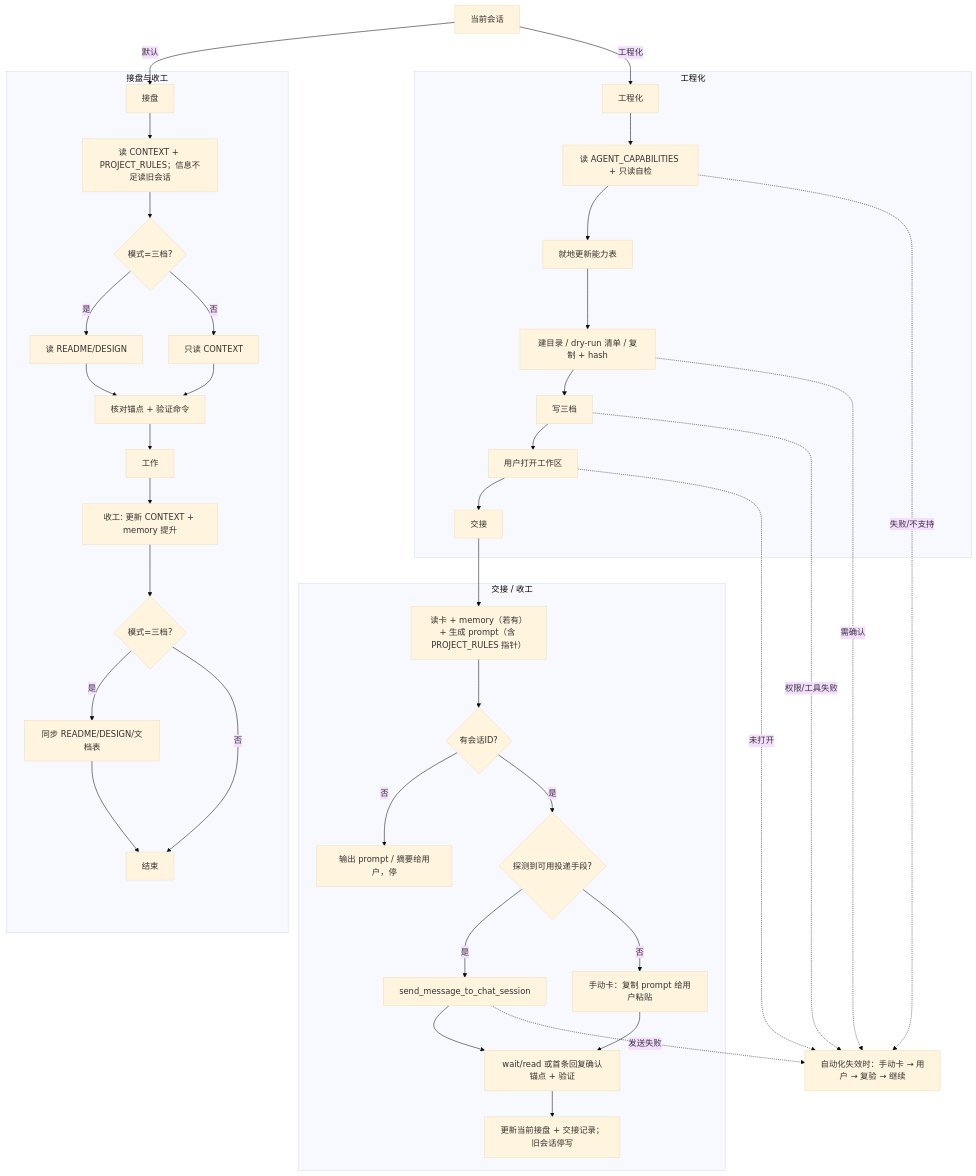
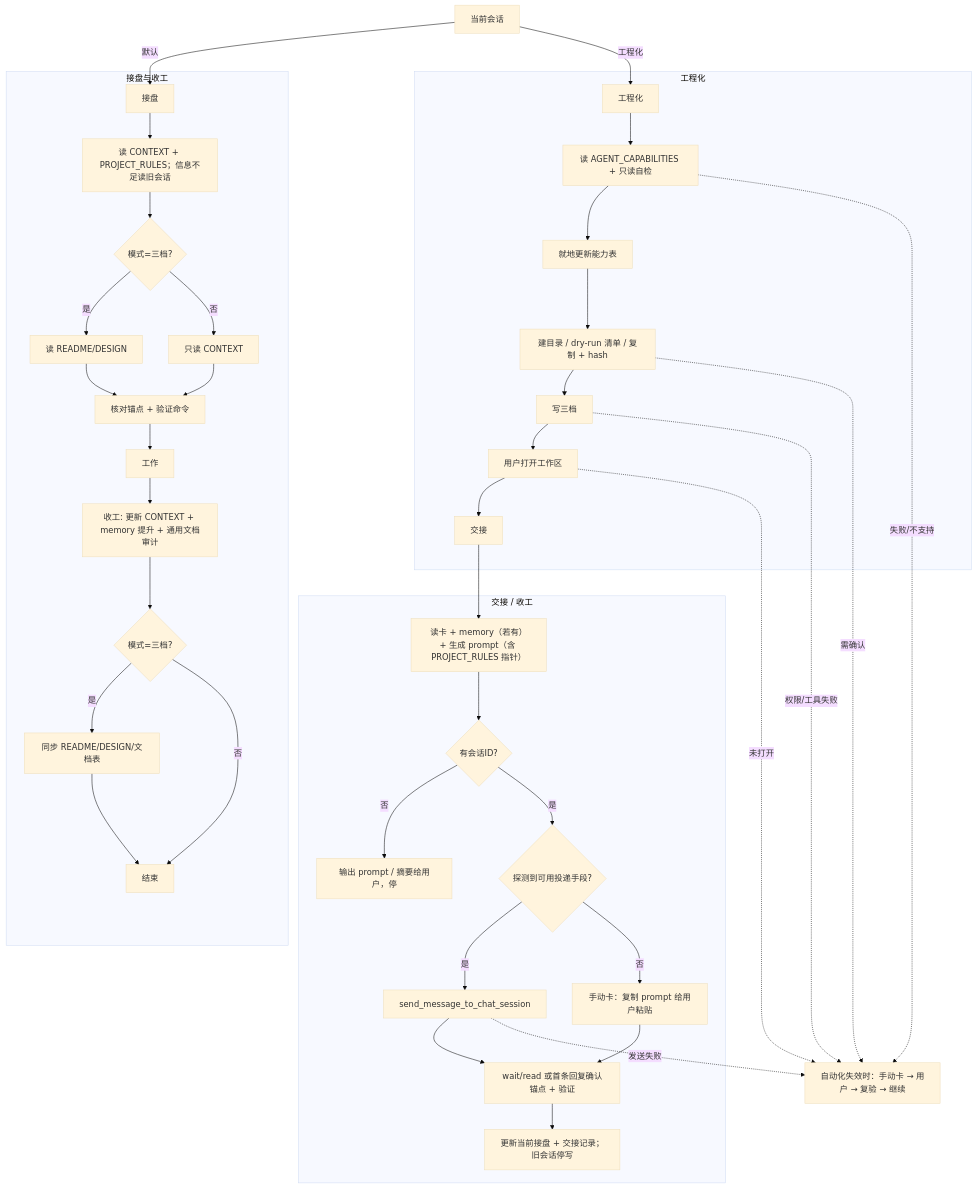
The diagram in DESIGN.md (Lizardon386/multi-agent-task-handoff), drawn with Mermaid (base theme) before and after one commit.

Commit message:
docs: 流程图收工节点补「通用文档审计」
SKILL.md 交接第 3 步已加该步骤，图与协议保持一致。协议流程步骤数与 SKILL.md 行数均未增加。

````diff
--- a/DESIGN.md
+++ b/DESIGN.md
@@ -64,47 +64,47 @@
 ```mermaid
 flowchart TD
   A[当前会话] -->|默认| B[接盘]
   A -->|工程化| M[工程化]
 
   subgraph START[接盘与收工]
     B --> C[读 CONTEXT + PROJECT_RULES；信息不足读旧会话]
     C --> D{模式=三档?}
     D -- 是 --> E[读 README/DESIGN]
     D -- 否 --> F[只读 CONTEXT]
     E --> G[核对锚点 + 验证命令]
     F --> G
     G --> H[工作]
-    H --> I[收工: 更新 CONTEXT + memory 提升]
+    H --> I[收工: 更新 CONTEXT + memory 提升 + 通用文档审计]
     I --> J{模式=三档?}
     J -- 是 --> K[同步 README/DESIGN/文档表]
     J -- 否 --> L[结束]
     K --> L
   end
 
   subgraph ENG[工程化]
     M --> N[读 AGENT_CAPABILITIES + 只读自检]
     N --> N1[就地更新能力表]
     N1 --> O[建目录 / dry-run 清单 / 复制 + hash]
     O --> P[写三档]
     P --> Q[用户打开工作区]
     Q --> R[交接]
   end
 
   subgraph HAND[交接 / 收工]
     R --> S[读卡 + memory（若有）+ 生成 prompt（含 PROJECT_RULES 指针）]
     S --> T{有会话ID?}
     T -- 否 --> V0[输出 prompt / 摘要给用户，停]
     T -- 是 --> T2{探测到可用投递手段?}
     T2 -- 是 --> U[send_message_to_chat_session]
     T2 -- 否 --> V[手动卡：复制 prompt 给用户粘贴]
     U --> W[wait/read 或首条回复确认锚点 + 验证]
     V --> W
     W --> X[更新当前接盘 + 交接记录；旧会话停写]
   end
 
   N -.失败/不支持.-> Z[自动化失效时：手动卡 → 用户 → 复验 → 继续]
   O -.需确认.-> Z
   P -.权限/工具失败.-> Z
   Q -.未打开.-> Z
   U -.发送失败.-> Z
 ```
````
